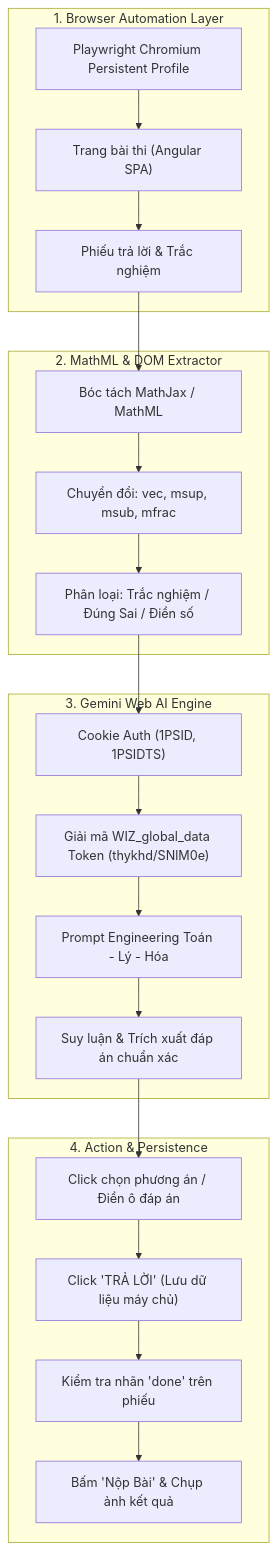
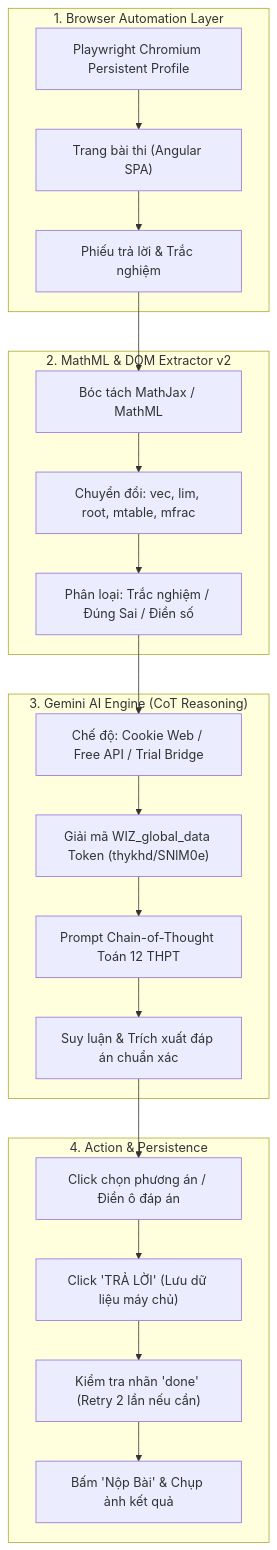
The diagram in README.md (GanZnosuy/VAn_AAF), drawn with Mermaid before and after one commit. The commit also changed other lines of this file and 13 other files, not shown here.

Commit message:
feat: enhance math solving accuracy with CoT and add 1-time free trial for AI agents

````diff
--- a/README.md
+++ b/README.md
@@ -18,27 +55,27 @@
 ```mermaid
 flowchart TD
     subgraph Browser ["1. Browser Automation Layer"]
         B1["Playwright Chromium Persistent Profile"] --> B2["Trang bài thi (Angular SPA)"]
         B2 --> B3["Phiếu trả lời & Trắc nghiệm"]
     end
 
-    subgraph Parser ["2. MathML & DOM Extractor"]
+    subgraph Parser ["2. MathML & DOM Extractor v2"]
         B3 --> P1["Bóc tách MathJax / MathML"]
-        P1 --> P2["Chuyển đổi: vec, msup, msub, mfrac"]
+        P1 --> P2["Chuyển đổi: vec, lim, root, mtable, mfrac"]
         P2 --> P3["Phân loại: Trắc nghiệm / Đúng Sai / Điền số"]
     end
 
-    subgraph AI ["3. Gemini Web AI Engine"]
-        P3 --> A1["Cookie Auth (1PSID, 1PSIDTS)"]
+    subgraph AI ["3. Gemini AI Engine (CoT Reasoning)"]
+        P3 --> A1["Chế độ: Cookie Web / Free API / Trial Bridge"]
         A1 --> A2["Giải mã WIZ_global_data Token (thykhd/SNlM0e)"]
-        A2 --> A3["Prompt Engineering Toán - Lý - Hóa"]
+        A2 --> A3["Prompt Chain-of-Thought Toán 12 THPT"]
         A3 --> A4["Suy luận & Trích xuất đáp án chuẩn xác"]
     end
 
     subgraph Solver ["4. Action & Persistence"]
         A4 --> S1["Click chọn phương án / Điền ô đáp án"]
         S1 --> S2["Click 'TRẢ LỜI' (Lưu dữ liệu máy chủ)"]
-        S2 --> S3["Kiểm tra nhãn 'done' trên phiếu"]
+        S2 --> S3["Kiểm tra nhãn 'done' (Retry 2 lần nếu cần)"]
         S3 --> S4["Bấm 'Nộp Bài' & Chụp ảnh kết quả"]
     end
 ```
````
